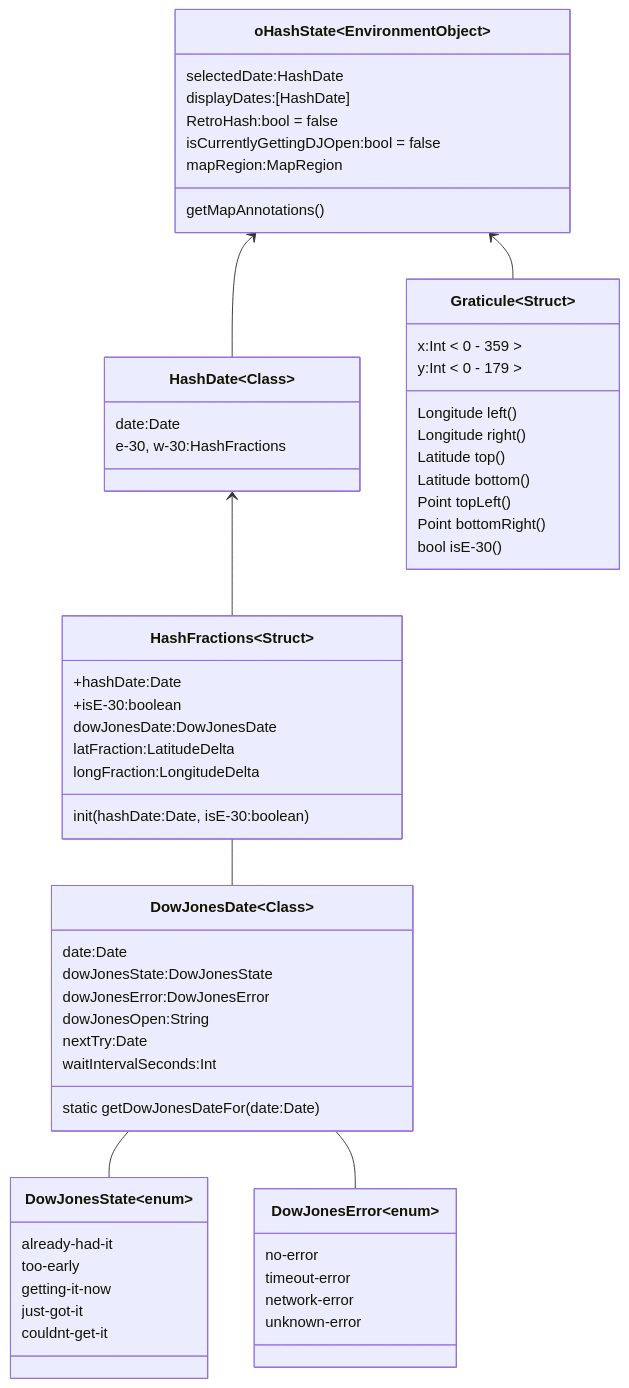
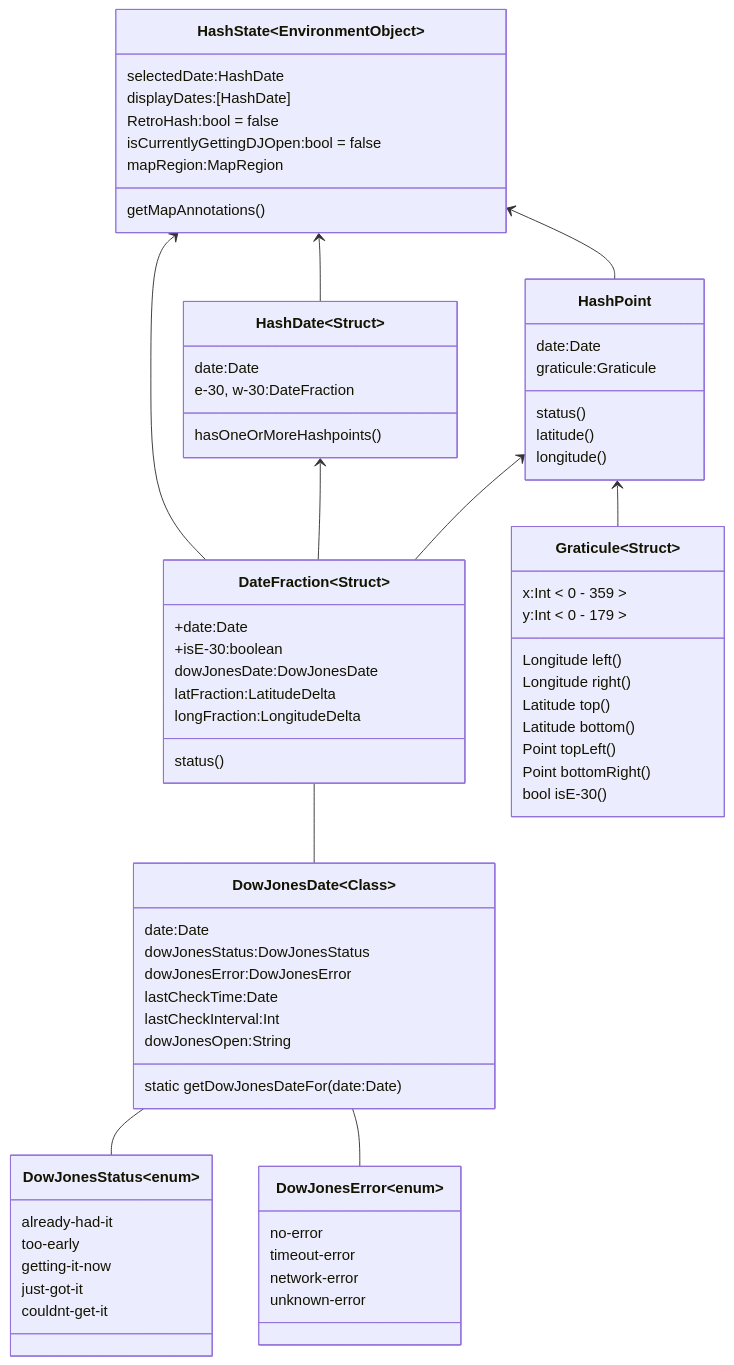
One commit to Geohashing/oHash changed the diagram in docs/erd.md. Above: the diagram before and after it, drawn with Mermaid.

Commit message:
Tweaked ERD

````diff
--- a/docs/erd.md
+++ b/docs/erd.md
@@ -6,7 +6,7 @@
 
 classDiagram 
 
-class oHashState~EnvironmentObject~{
+class HashState~EnvironmentObject~{
     selectedDate:HashDate
     displayDates:[HashDate]
     RetroHash:bool = false
@@ -16,43 +16,57 @@
     getMapAnnotations()
 }
 
-class HashDate~Class~{
+class HashPoint{
     date:Date
-    e-30, w-30:HashFractions
+    graticule:Graticule
+    
+    status()
+    latitude()
+    longitude()
 }
-oHashState <-- HashDate
 
-class HashFractions~Struct~{
-    +hashDate:Date
+class HashDate~Struct~{
+    date:Date
+    e-30, w-30:DateFraction
+
+    hasOneOrMoreHashpoints()
+}
+
+class DateFraction~Struct~{
+    +date:Date
     +isE-30:boolean
     dowJonesDate:DowJonesDate
     latFraction:LatitudeDelta
     longFraction:LongitudeDelta
 
-    init(hashDate:Date, isE-30:boolean)
+    status()
 }
-HashDate <-- HashFractions
+HashPoint <-- DateFraction
+HashDate <-- DateFraction
+HashState <-- DateFraction
+HashState <-- HashDate
+HashState <-- HashPoint
 
 class DowJonesDate~Class~{
     date:Date
-    dowJonesState:DowJonesState
+    dowJonesStatus:DowJonesStatus
     dowJonesError:DowJonesError
+    lastCheckTime:Date
+    lastCheckInterval:Int
     dowJonesOpen:String
-    nextTry:Date
-    waitIntervalSeconds:Int
 
     static getDowJonesDateFor(date:Date)
 }
-HashFractions -- DowJonesDate
+DateFraction -- DowJonesDate
 
-class DowJonesState~enum~{
+class DowJonesStatus~enum~{
     already-had-it
     too-early
     getting-it-now
     just-got-it
     couldnt-get-it
 }
-DowJonesDate -- DowJonesState
+DowJonesDate -- DowJonesStatus
 
 class DowJonesError~enum~{
     no-error
@@ -74,6 +88,5 @@
     Point bottomRight()
     bool isE-30()
 }
-oHashState <-- Graticule
-
+HashPoint <-- Graticule
 ```
````
